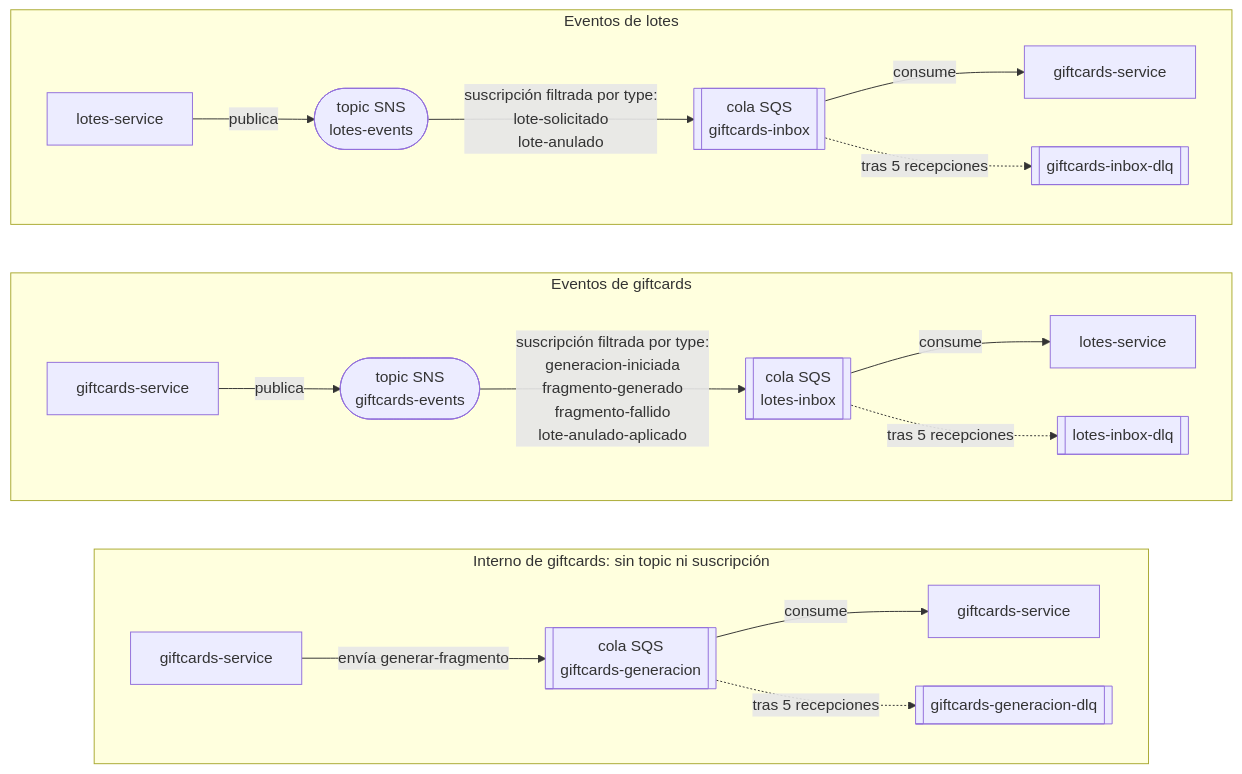
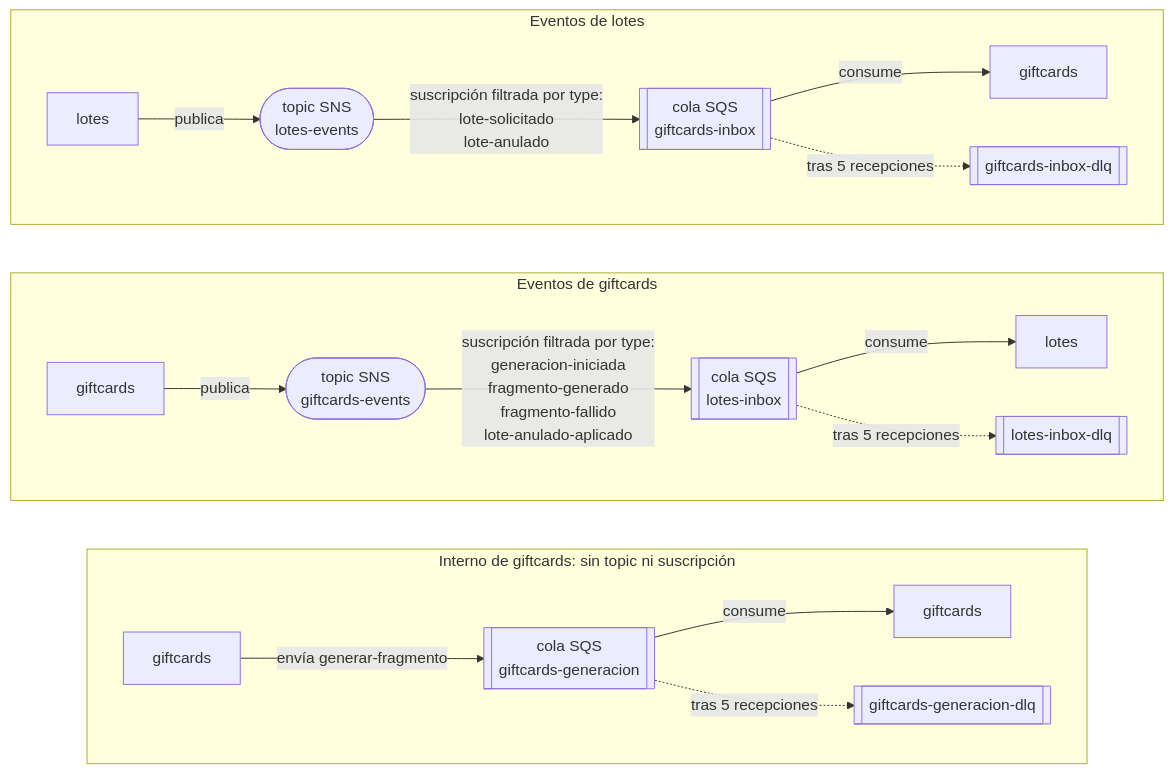
Before and after one commit to metrica-global/ejemplo-java-quarkus-postgresql: the diagram in docs/eventos/README.md, drawn with Mermaid. The commit also changed other lines of this file and 7 other files, not shown here.

````diff
--- a/docs/eventos/README.md
+++ b/docs/eventos/README.md
@@ -262,23 +269,23 @@
 ```mermaid
 flowchart LR
     subgraph interno["Interno de giftcards: sin topic ni suscripción"]
         direction LR
-        wg["giftcards-service"] -- "envía generar-fragmento" --> qw[["cola SQS<br/>giftcards-generacion"]]
-        qw -- consume --> xg["giftcards-service"]
+        wg["giftcards"] -- "envía generar-fragmento" --> qw[["cola SQS<br/>giftcards-generacion"]]
+        qw -- consume --> xg["giftcards"]
         qw -. "tras 5 recepciones" .-> dw[["giftcards-generacion-dlq"]]
     end
     subgraph eventosGiftcards["Eventos de giftcards"]
         direction LR
-        pg["giftcards-service"] -- publica --> tg(["topic SNS<br/>giftcards-events"])
+        pg["giftcards"] -- publica --> tg(["topic SNS<br/>giftcards-events"])
         tg -- "suscripción filtrada por type:<br/>generacion-iniciada<br/>fragmento-generado<br/>fragmento-fallido<br/>lote-anulado-aplicado" --> ql[["cola SQS<br/>lotes-inbox"]]
-        ql -- consume --> cl["lotes-service"]
+        ql -- consume --> cl["lotes"]
         ql -. "tras 5 recepciones" .-> dl[["lotes-inbox-dlq"]]
     end
     subgraph eventosLotes["Eventos de lotes"]
         direction LR
-        pl["lotes-service"] -- publica --> tl(["topic SNS<br/>lotes-events"])
+        pl["lotes"] -- publica --> tl(["topic SNS<br/>lotes-events"])
         tl -- "suscripción filtrada por type:<br/>lote-solicitado<br/>lote-anulado" --> qg[["cola SQS<br/>giftcards-inbox"]]
-        qg -- consume --> cg["giftcards-service"]
+        qg -- consume --> cg["giftcards"]
         qg -. "tras 5 recepciones" .-> dg[["giftcards-inbox-dlq"]]
     end
 ```
````
